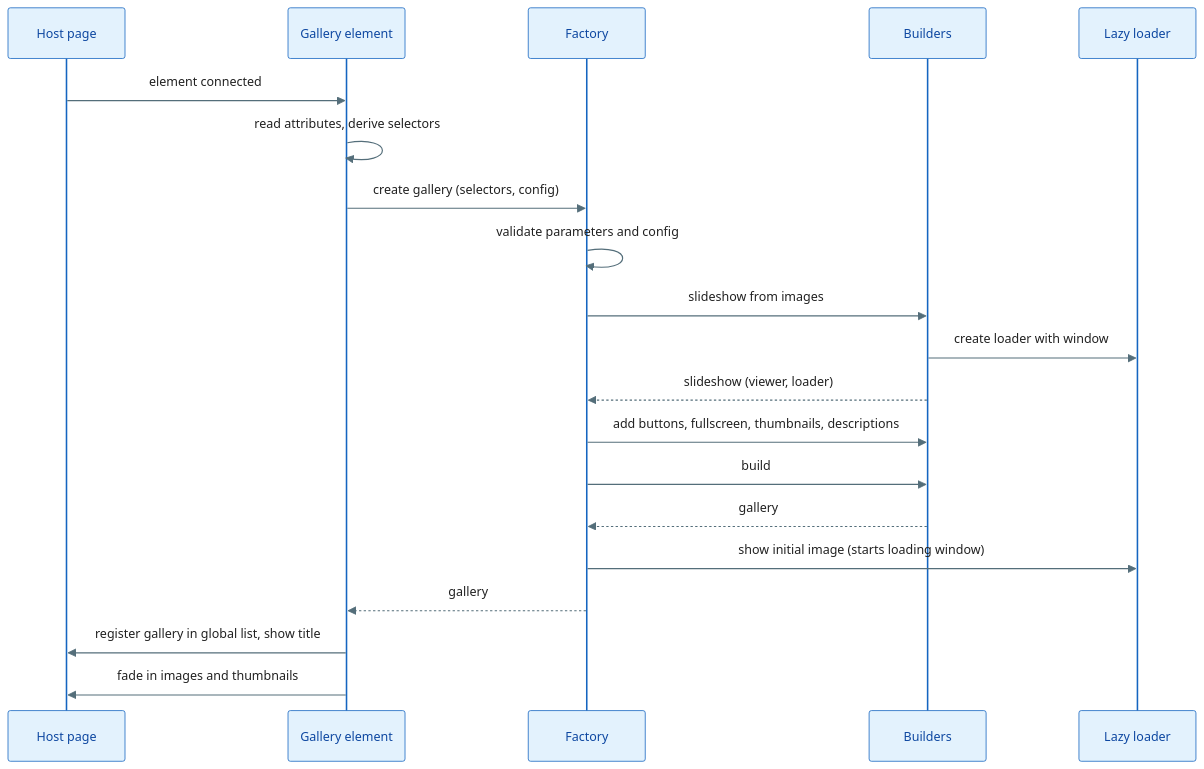
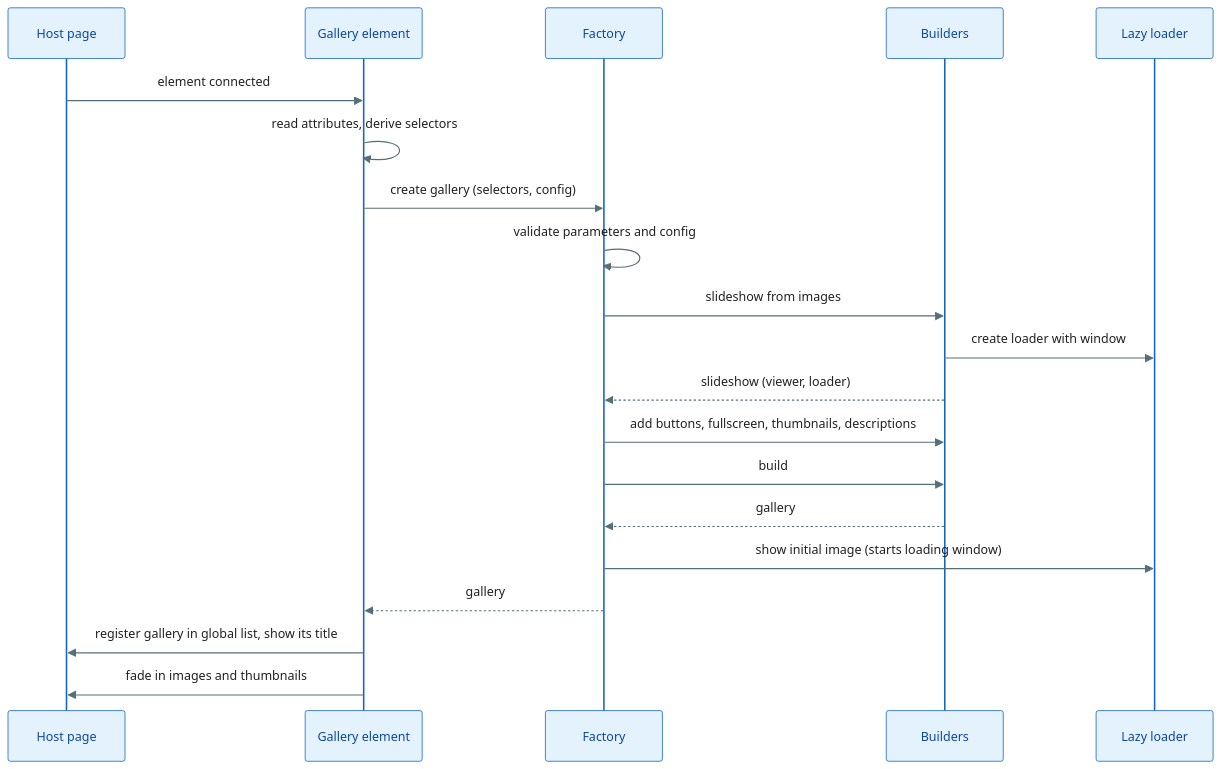
Before and after one commit to MichaelBreitung/mibreit-gallery-ts: the fifth of 7 diagrams in doc/architecture.md, drawn with Mermaid. The commit also changed other lines of this file and 9 other files, not shown here.

````diff
--- a/doc/architecture.md
+++ b/doc/architecture.md
@@ -351,24 +351,24 @@
 ```mermaid
 %%{init: {'theme': 'base', 'themeVariables': {'actorBkg': '#e3f2fd', 'actorBorder': '#1565c0', 'actorTextColor': '#0d47a1', 'activationBkgColor': '#e0f2f1', 'activationBorderColor': '#00695c', 'signalColor': '#546e7a', 'signalTextColor': '#212121', 'noteBkgColor': '#fff8e1', 'noteBorderColor': '#f9a825', 'noteTextColor': '#212121', 'sequenceNumberColor': '#ffffff', 'lineColor': '#546e7a', 'textColor': '#212121', 'fontSize': '14px'}}}%%
 sequenceDiagram
     participant Page as Host page
     participant El as Gallery element
     participant Fac as Factory
     participant Bld as Builders
     participant LL as Lazy loader
 
     Page->>El: element connected
     El->>El: read attributes, derive selectors
     El->>Fac: create gallery (selectors, config)
     Fac->>Fac: validate parameters and config
     Fac->>Bld: slideshow from images
     Bld->>LL: create loader with window
     Bld-->>Fac: slideshow (viewer, loader)
     Fac->>Bld: add buttons, fullscreen, thumbnails, descriptions
     Fac->>Bld: build
     Bld-->>Fac: gallery
     Fac->>LL: show initial image (starts loading window)
     Fac-->>El: gallery
-    El->>Page: register gallery in global list, show title
+    El->>Page: register gallery in global list, show its title
     El->>Page: fade in images and thumbnails
 ```
````
